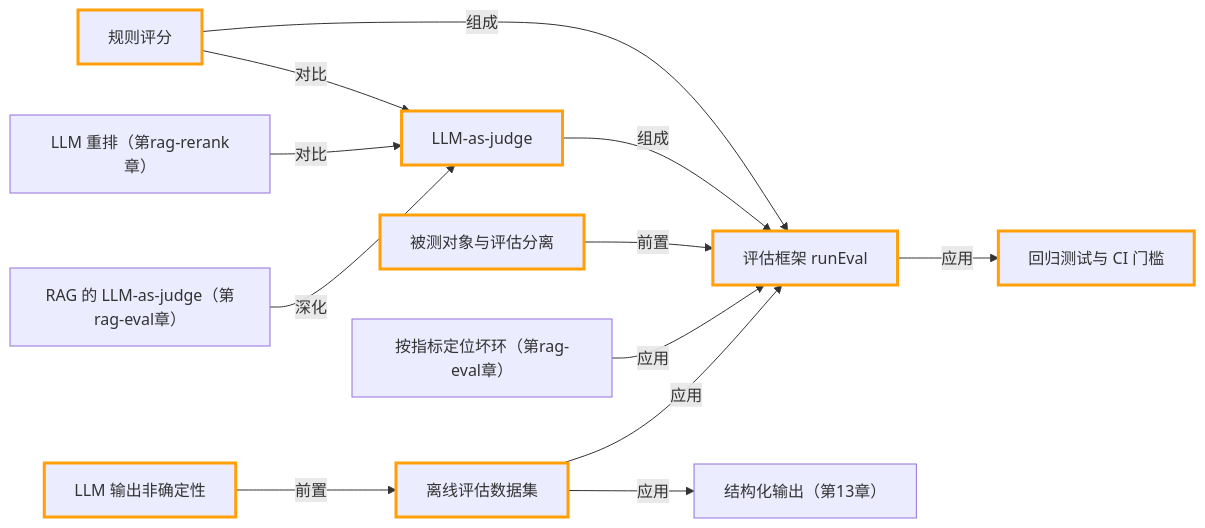
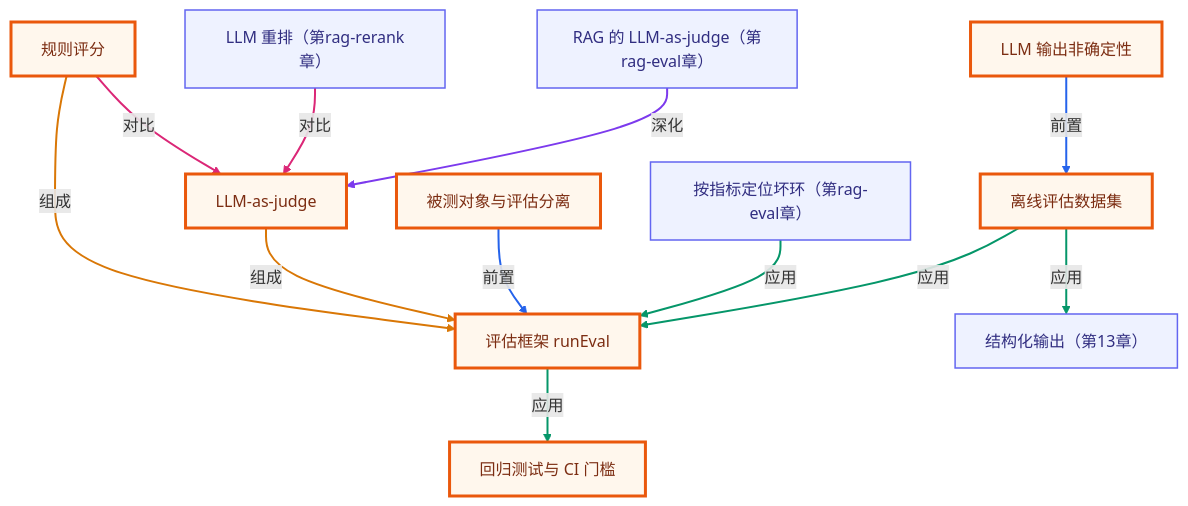
One commit to songuu/agent changed the second of 2 diagrams in lessons/15-evaluation-and-testing/README.md. Above: the diagram before and after it, drawn with Mermaid. The commit also changed other lines of this file and 72 other files, not shown here.

````diff
--- a/lessons/15-evaluation-and-testing/README.md
+++ b/lessons/15-evaluation-and-testing/README.md
@@ -260,32 +262,40 @@
 ```mermaid
-graph LR
+graph TB
+  classDef own fill:#fff7ed,stroke:#ea580c,stroke-width:3px,color:#7c2d12;
+  classDef cross fill:#eef2ff,stroke:#6366f1,stroke-width:1.5px,color:#312e81;
   n_c15_nondeterminism["LLM 输出非确定性"]
   n_c15_eval_dataset["离线评估数据集"]
   n_c15_eval_harness["评估框架 runEval"]
   n_c15_rule_scoring["规则评分"]
   n_c15_llm_judge["LLM-as-judge"]
   n_c15_regression_ci["回归测试与 CI 门槛"]
   n_c15_sut_separation["被测对象与评估分离"]
   n_c13_structured_output["结构化输出（第13章）"]
   n_cragrerank_llm_rerank["LLM 重排（第rag-rerank章）"]
   n_crageval_llm_judge_rag["RAG 的 LLM-as-judge（第rag-eval章）"]
   n_crageval_stage_localization["按指标定位坏环（第rag-eval章）"]
   n_c15_nondeterminism -->|前置| n_c15_eval_dataset
   n_c15_eval_dataset -->|应用| n_c15_eval_harness
   n_c15_rule_scoring -->|组成| n_c15_eval_harness
   n_c15_llm_judge -->|组成| n_c15_eval_harness
   n_c15_rule_scoring -->|对比| n_c15_llm_judge
   n_c15_eval_harness -->|应用| n_c15_regression_ci
   n_c15_sut_separation -->|前置| n_c15_eval_harness
   n_c15_eval_dataset -->|应用| n_c13_structured_output
   n_cragrerank_llm_rerank -->|对比| n_c15_llm_judge
   n_crageval_llm_judge_rag -->|深化| n_c15_llm_judge
   n_crageval_stage_localization -->|应用| n_c15_eval_harness
-  style n_c15_nondeterminism stroke:#ff9f0a,stroke-width:3px
-  style n_c15_eval_dataset stroke:#ff9f0a,stroke-width:3px
-  style n_c15_eval_harness stroke:#ff9f0a,stroke-width:3px
-  style n_c15_rule_scoring stroke:#ff9f0a,stroke-width:3px
-  style n_c15_llm_judge stroke:#ff9f0a,stroke-width:3px
-  style n_c15_regression_ci stroke:#ff9f0a,stroke-width:3px
-  style n_c15_sut_separation stroke:#ff9f0a,stroke-width:3px
+  class n_c15_nondeterminism,n_c15_eval_dataset,n_c15_eval_harness,n_c15_rule_scoring,n_c15_llm_judge,n_c15_regression_ci,n_c15_sut_separation own;
+  class n_c13_structured_output,n_cragrerank_llm_rerank,n_crageval_llm_judge_rag,n_crageval_stage_localization cross;
+  linkStyle 0 stroke:#2563eb,stroke-width:2px;
+  linkStyle 1 stroke:#059669,stroke-width:2px;
+  linkStyle 2 stroke:#d97706,stroke-width:2px;
+  linkStyle 3 stroke:#d97706,stroke-width:2px;
+  linkStyle 4 stroke:#db2777,stroke-width:2px;
+  linkStyle 5 stroke:#059669,stroke-width:2px;
+  linkStyle 6 stroke:#2563eb,stroke-width:2px;
+  linkStyle 7 stroke:#059669,stroke-width:2px;
+  linkStyle 8 stroke:#db2777,stroke-width:2px;
+  linkStyle 9 stroke:#7c3aed,stroke-width:2px;
+  linkStyle 10 stroke:#059669,stroke-width:2px;
 ```
````
